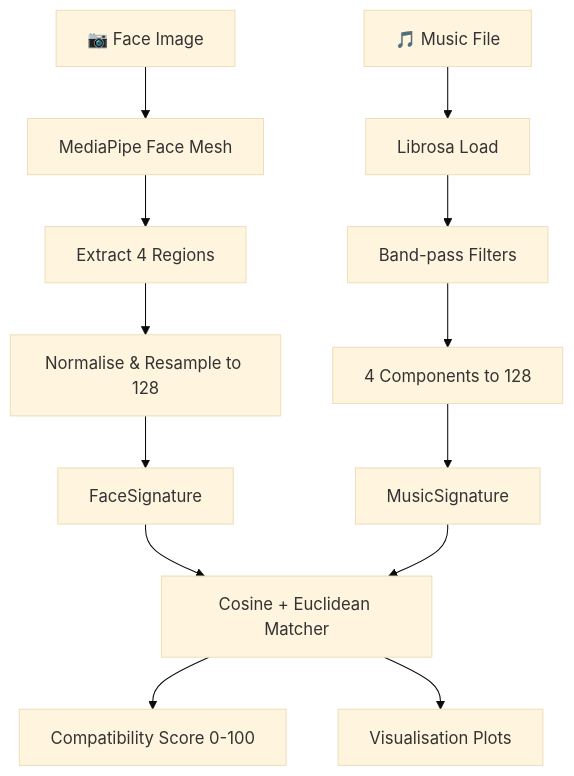
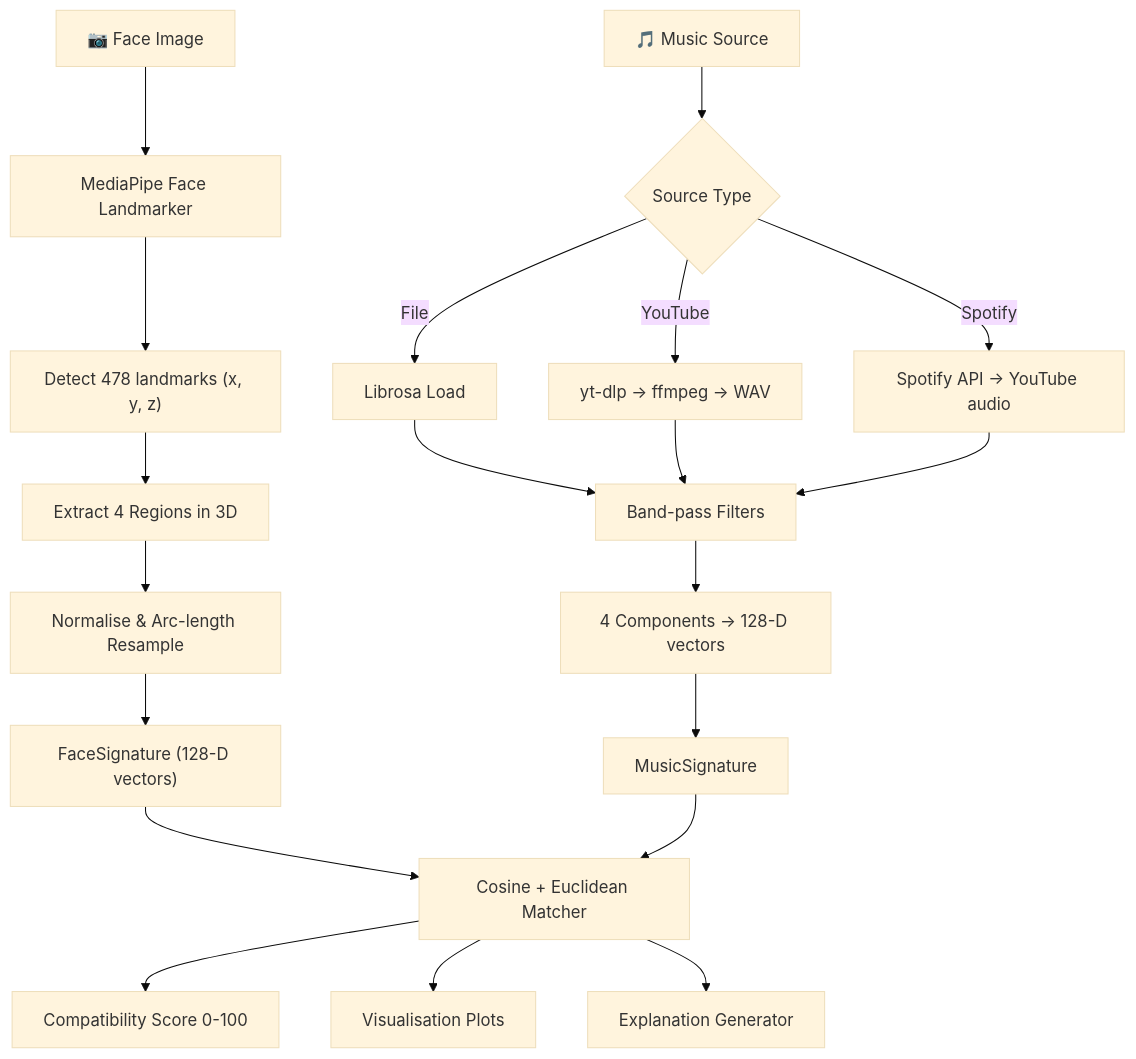
The diagram in README.md (millenxs/face_music_matcher), drawn with Mermaid (base theme) before and after one commit. The commit also changed other lines of this file and 12 other files, not shown here.

First line of the commit message:
feat: Add Spotify ranking endpoint for face compatibility

````diff
--- a/README.md
+++ b/README.md
@@ -66,17 +75,24 @@
 ```mermaid
 flowchart TD
-    A["📷 Face Image"] --> B[MediaPipe Face Mesh]
-    B --> C[Extract 4 Regions]
-    C --> D[Normalise & Resample to 128]
-    D --> E[FaceSignature]
+    A["📷 Face Image"] --> B[MediaPipe Face Landmarker]
+    B --> C["Detect 478 landmarks (x, y, z)"]
+    C --> D[Extract 4 Regions in 3D]
+    D --> E[Normalise & Arc-length Resample]
+    E --> F["FaceSignature (128-D vectors)"]
 
-    F["🎵 Music File"] --> G[Librosa Load]
-    G --> H[Band-pass Filters]
-    H --> I[4 Components to 128]
-    I --> J[MusicSignature]
+    G["🎵 Music Source"] --> H{Source Type}
+    H -->|File| I[Librosa Load]
+    H -->|YouTube| J["yt-dlp → ffmpeg → WAV"]
+    H -->|Spotify| K[Spotify API → YouTube audio]
+    I --> L[Band-pass Filters]
+    J --> L
+    K --> L
+    L --> M["4 Components → 128-D vectors"]
+    M --> N[MusicSignature]
 
-    E --> K[Cosine + Euclidean Matcher]
-    J --> K
-    K --> L["Compatibility Score 0-100"]
-    K --> M[Visualisation Plots]
+    F --> O[Cosine + Euclidean Matcher]
+    N --> O
+    O --> P["Compatibility Score 0-100"]
+    O --> Q[Visualisation Plots]
+    O --> R[Explanation Generator]
 ```
````
